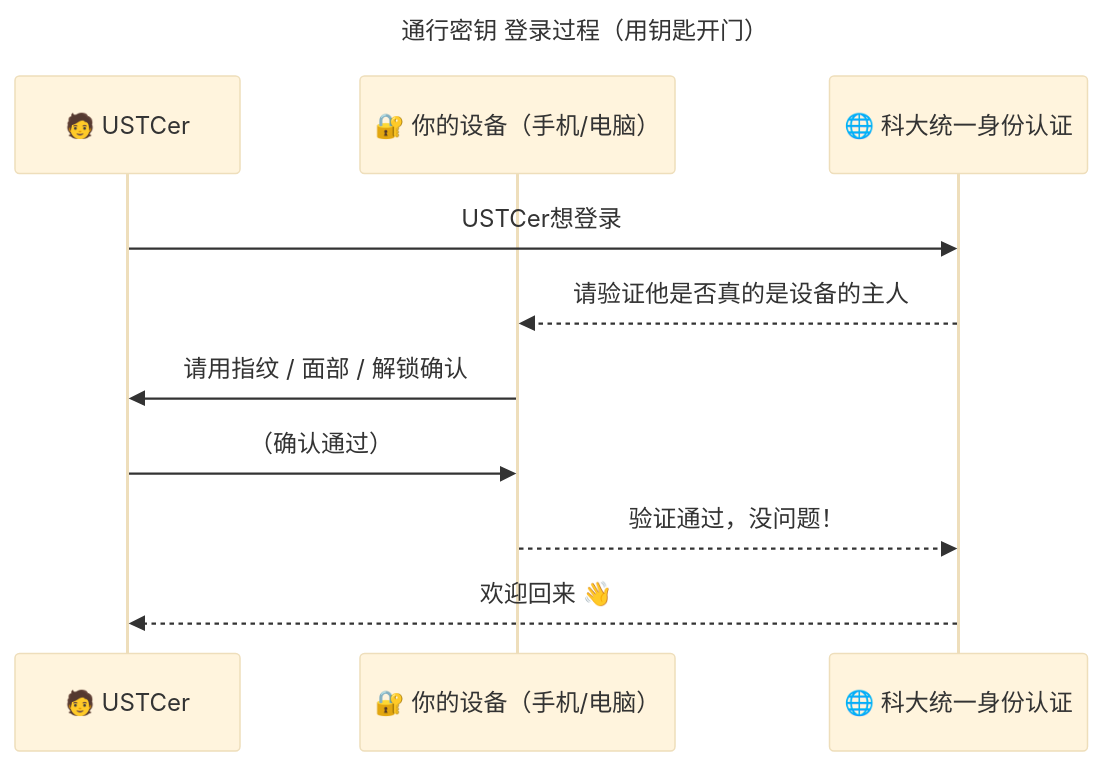
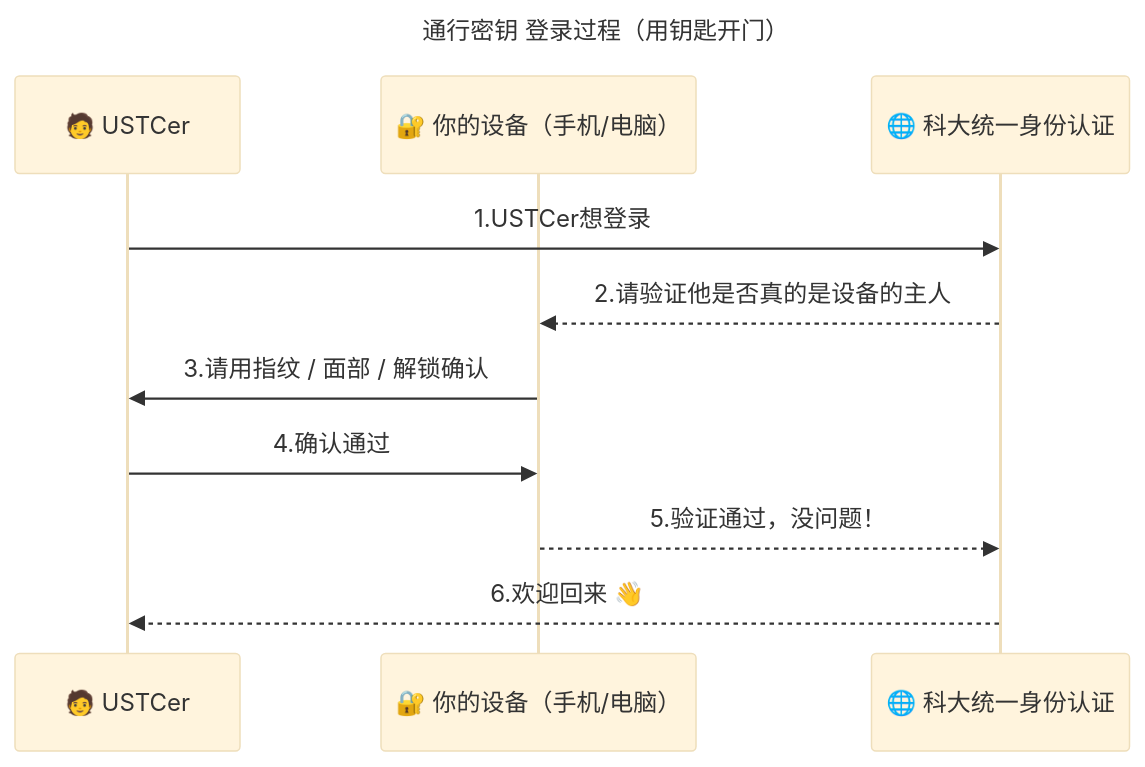
One commit to wf0229/id_doc changed the second of 3 diagrams in docs/passkey.md. Above: the diagram before and after it, drawn with Mermaid (base theme). The commit also changed other lines of this file, not shown here.

````diff
--- a/docs/passkey.md
+++ b/docs/passkey.md
@@ -19,14 +20,14 @@
 ```mermaid
 sequenceDiagram
     title 通行密钥 登录过程（用钥匙开门）
     participant U as 🧑 USTCer
     participant D as 🔐 你的设备（手机/电脑）
     participant P as 🌐 科大统一身份认证
 
-    U->>P: USTCer想登录
-    P-->>D: 请验证他是否真的是设备的主人
-    D->>U: 请用指纹 / 面部 / 解锁确认
-    U->>D: （确认通过）
-    D-->>P: 验证通过，没问题！
-    P-->>U: 欢迎回来 👋
+    U->>P: 1.USTCer想登录
+    P-->>D: 2.请验证他是否真的是设备的主人
+    D->>U: 3.请用指纹 / 面部 / 解锁确认
+    U->>D: 4.确认通过
+    D-->>P: 5.验证通过，没问题！
+    P-->>U: 6.欢迎回来 👋
 ```
````
